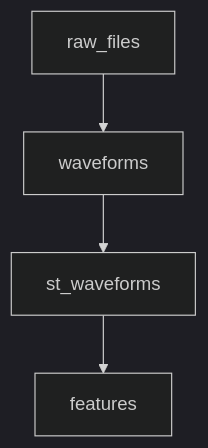
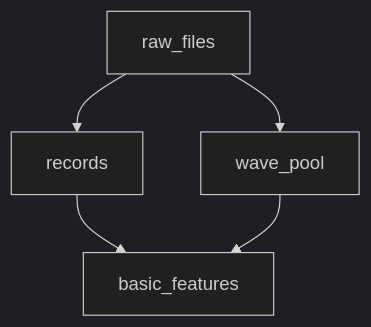
One commit to SnowingWolf/WaveformAnalysis changed the diagram in docs/features/context/LINEAGE_VISUALIZATION_GUIDE.md. Above: the diagram before and after it, drawn with Mermaid (dark theme). The commit also changed other lines of this file and 191 other files, not shown here.

````diff
--- a/docs/features/context/LINEAGE_VISUALIZATION_GUIDE.md
+++ b/docs/features/context/LINEAGE_VISUALIZATION_GUIDE.md
@@ -125,6 +127,7 @@
 ```mermaid
 graph TD
-    A[raw_files] --> B[waveforms]
-    B --> C[st_waveforms]
-    C --> D[features]
+    A[raw_files] --> B[records]
+    A --> C[wave_pool]
+    B --> D[basic_features]
+    C --> D
 ```
````
